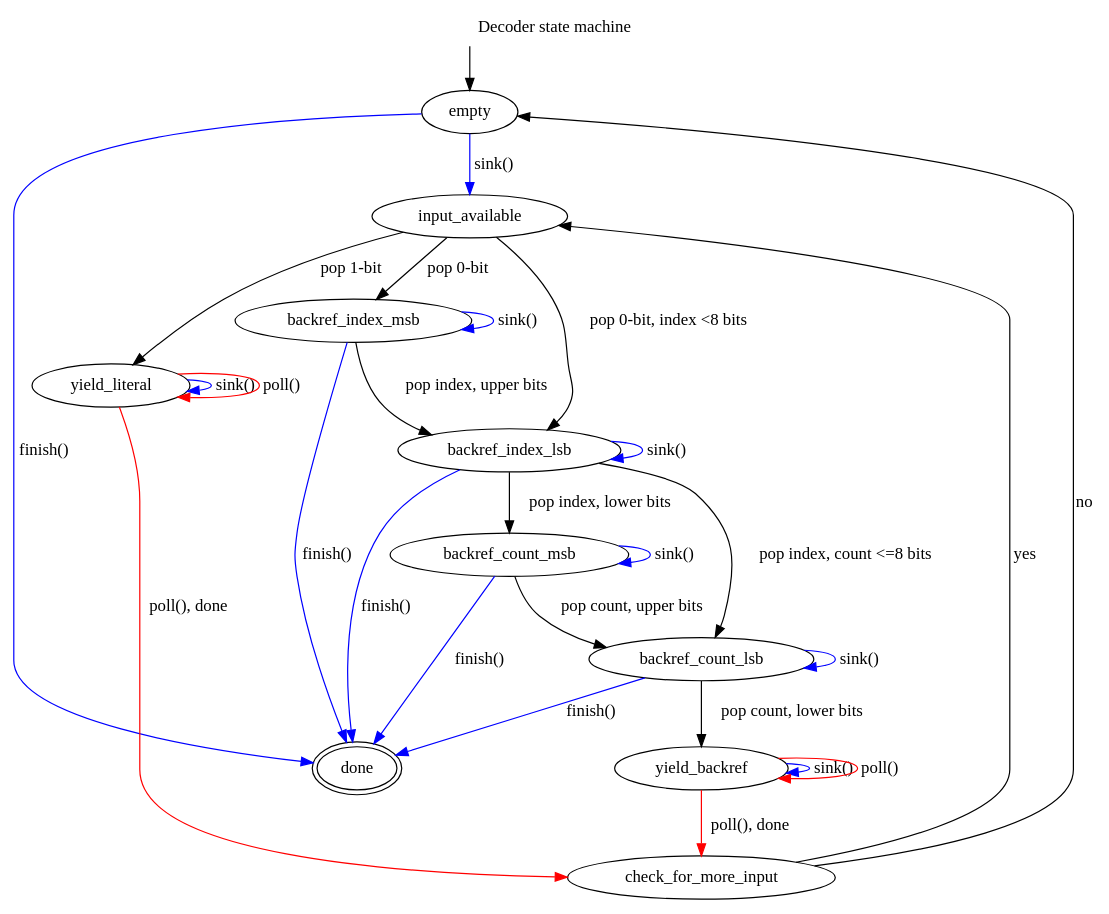
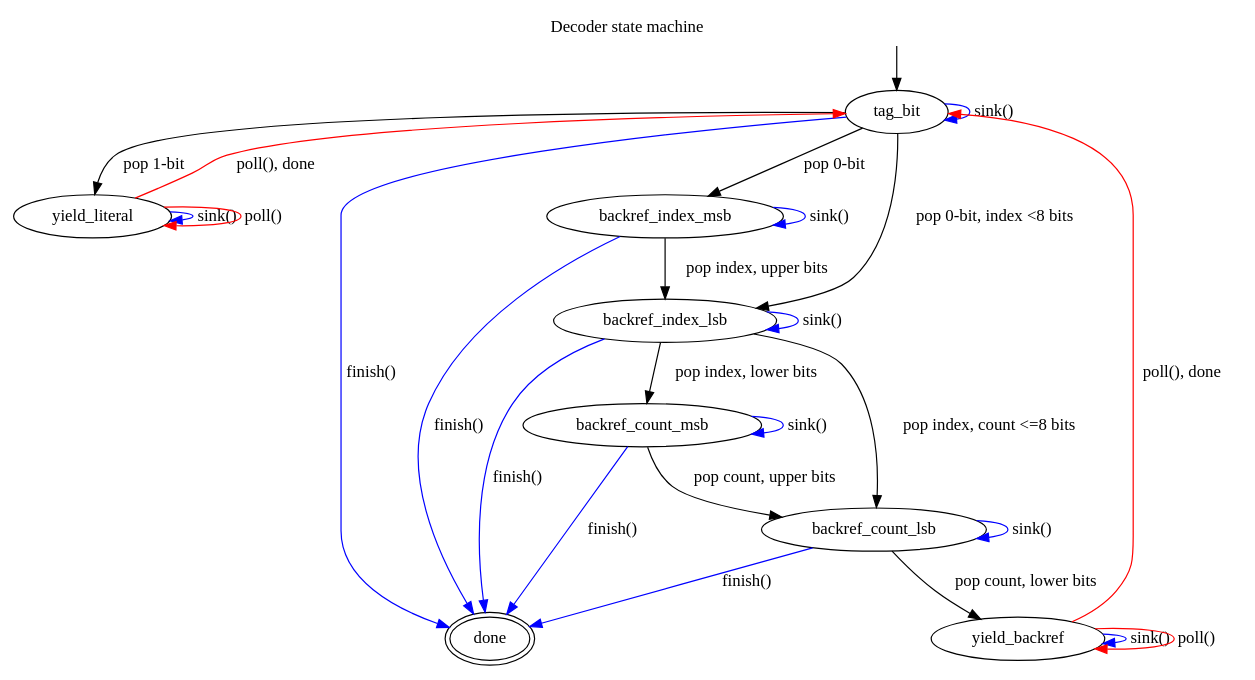
Before and after one commit to atomicobject/heatshrink: the diagram in dec_sm.dot, drawn with Graphviz. The commit also changed 1 other file, not shown here.

Commit message:
Process tag bit sooner in decoder
Fix the bug where last 7 bits are not processed.

Test case:
$ echo -n aaaa | ./heatshrink -w4 -l2 | ./heatshrink -dw4 -l2 | hexdump -C

expected output:
00000000  61 61 61 61                                       |aaaa|
00000004

bug:
00000000  61                                                |a|
00000001

Conflicts:
	heatshrink_decoder.c

```diff
--- a/dec_sm.dot
+++ b/dec_sm.dot
@@ -1,52 +1,47 @@
 digraph {
         graph [label="Decoder state machine", labelloc="t"]
         Start [style="invis", shape="point"]
-        empty
-        input_available
+        tag_bit
         yield_literal
         backref_index_msb
         backref_index_lsb
         backref_count_msb
         backref_count_lsb
         yield_backref
-        check_for_more_input
         done [peripheries=2]
 
-        empty->input_available [label="sink()", color="blue", weight=10]
-        Start->empty
+        tag_bit->tag_bit [label="sink()", color="blue", weight=10]
+        Start->tag_bit
 
-        input_available->yield_literal [label="pop 1-bit"]
-        input_available->backref_index_msb [label="pop 0-bit", weight=10]
-        input_available->backref_index_lsb [label="pop 0-bit, index <8 bits", weight=10]
+        tag_bit->yield_literal [label="pop 1-bit"]
+        tag_bit->backref_index_msb [label="pop 0-bit", weight=10]
+        tag_bit->backref_index_lsb [label="pop 0-bit, index <8 bits", weight=10]
 
         yield_literal->yield_literal [label="sink()", color="blue"]
         yield_literal->yield_literal [label="poll()", color="red"]
-        yield_literal->check_for_more_input [label="poll(), done", color="red"]
+        yield_literal->tag_bit [label="poll(), done", color="red"]
         
         backref_index_msb->backref_index_msb [label="sink()", color="blue"]
         backref_index_msb->backref_index_lsb [label="pop index, upper bits", weight=10]
         backref_index_msb->done [label="finish()", color="blue"]
 
         backref_index_lsb->backref_index_lsb [label="sink()", color="blue"]
         backref_index_lsb->backref_count_msb [label="pop index, lower bits", weight=10]
         backref_index_lsb->backref_count_lsb [label="pop index, count <=8 bits", weight=10]
         backref_index_lsb->done [label="finish()", color="blue"]
 
         backref_count_msb->backref_count_msb [label="sink()", color="blue"]
         backref_count_msb->backref_count_lsb [label="pop count, upper bits", weight=10]
         backref_count_msb->done [label="finish()", color="blue"]
 
         backref_count_lsb->backref_count_lsb [label="sink()", color="blue"]
         backref_count_lsb->yield_backref [label="pop count, lower bits", weight=10]
         backref_count_lsb->done [label="finish()", color="blue"]
 
         yield_backref->yield_backref [label="sink()", color="blue"]
         yield_backref->yield_backref [label="poll()", color="red"]
-        yield_backref->check_for_more_input [label="poll(), done",
+        yield_backref->tag_bit [label="poll(), done",
             color="red", weight=10]
 
-        check_for_more_input->empty [label="no"]
-        check_for_more_input->input_available [label="yes"]
-
-        empty->done [label="finish()", color="blue"]
+        tag_bit->done [label="finish()", color="blue"]
 }
```
